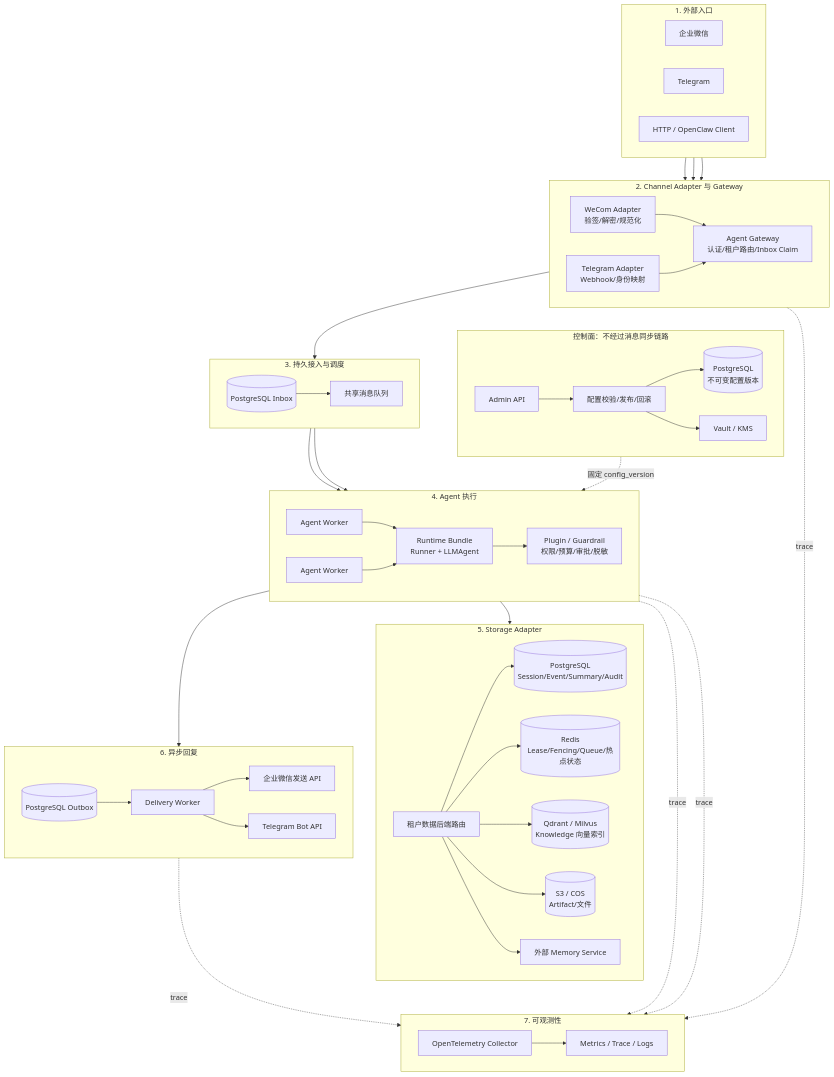
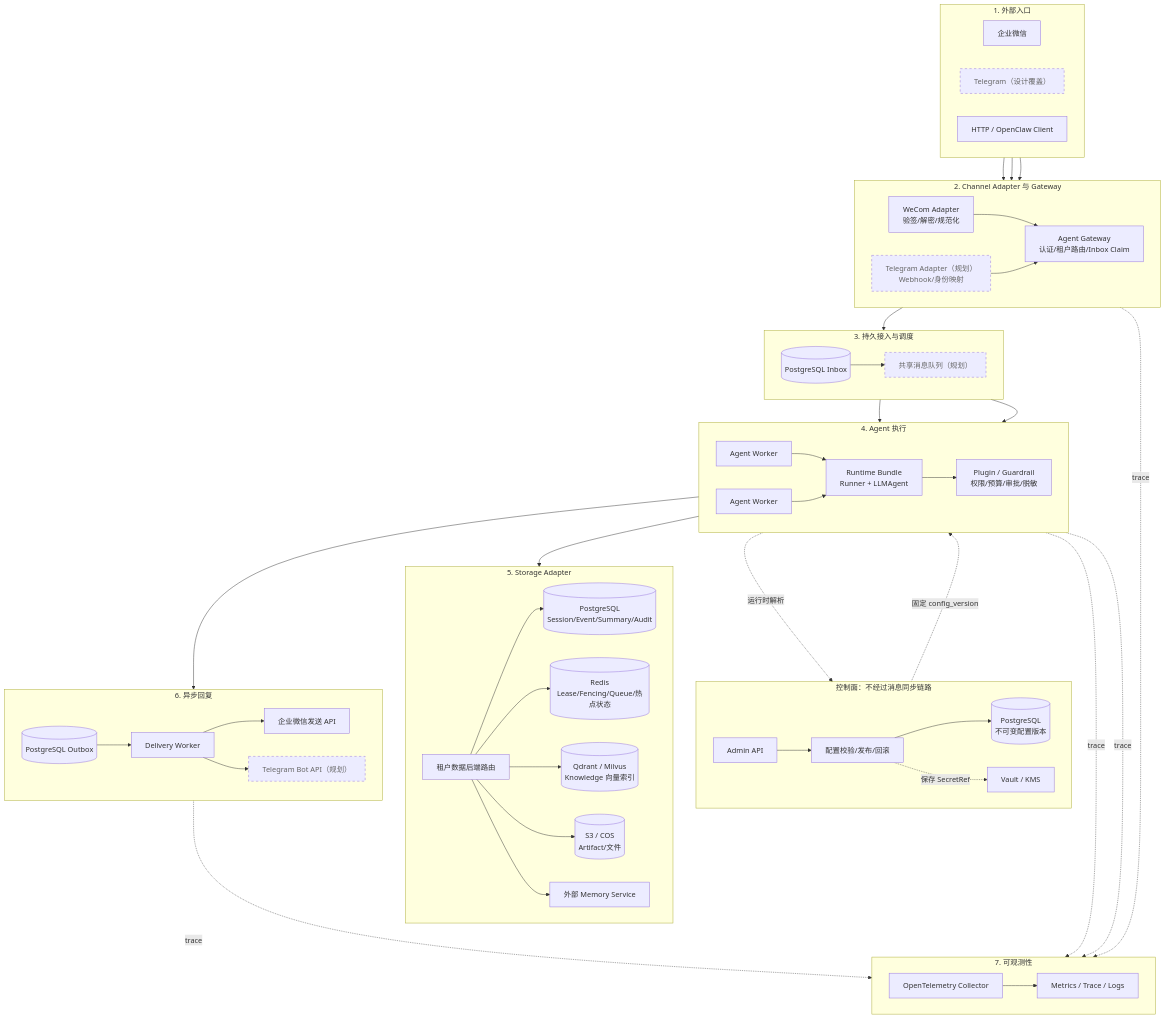
Before and after one commit to Skylm808/trpc-agent-service: the first of 2 diagrams in docs/architecture.md, drawn with Mermaid. The commit also changed other lines of this file and 6 other files, not shown here.

Commit message:
docs: complete architecture submission package

````diff
--- a/docs/architecture.md
+++ b/docs/architecture.md
@@ -17,14 +19,14 @@
     subgraph IM["1. 外部入口"]
         direction LR
         WC[企业微信]
-        TG[Telegram]
+        TG[Telegram（设计覆盖）]
         HC[HTTP / OpenClaw Client]
     end
 
     subgraph EDGE["2. Channel Adapter 与 Gateway"]
         direction LR
         WCA[WeCom Adapter<br/>验签/解密/规范化]
-        TGA[Telegram Adapter<br/>Webhook/身份映射]
+        TGA[Telegram Adapter（规划）<br/>Webhook/身份映射]
         GW[Agent Gateway<br/>认证/租户路由/Inbox Claim]
     end
 
@@ -39,7 +41,7 @@
     subgraph DURABLE["3. 持久接入与调度"]
         direction LR
         INBOX[(PostgreSQL Inbox)]
-        MQ[共享消息队列]
+        MQ[共享消息队列（规划）]
     end
 
     subgraph RUNTIME["4. Agent 执行"]
@@ -65,7 +67,7 @@
         OUTBOX[(PostgreSQL Outbox)]
         OUT[Delivery Worker]
         WAPI[企业微信发送 API]
-        TAPI[Telegram Bot API]
+        TAPI[Telegram Bot API（规划）]
     end
 
     subgraph OBS["7. 可观测性"]
@@ -95,11 +97,15 @@
     OUT --> WAPI
     OUT --> TAPI
     ADMIN --> CFG --> CONFIG
-    CFG --> SECRET
+    CFG -. 保存 SecretRef .-> SECRET
     CONFIG -. 固定 config_version .-> RB
+    RB -. 运行时解析 .-> SECRET
     GW -. trace .-> OTEL
     WK1 -. trace .-> OTEL
     WK2 -. trace .-> OTEL
     OUT -. trace .-> OTEL
     OTEL --> MON
+
+    classDef planned stroke-dasharray: 5 5,color:#666;
+    class TG,TGA,MQ,TAPI planned;
 ```
````
